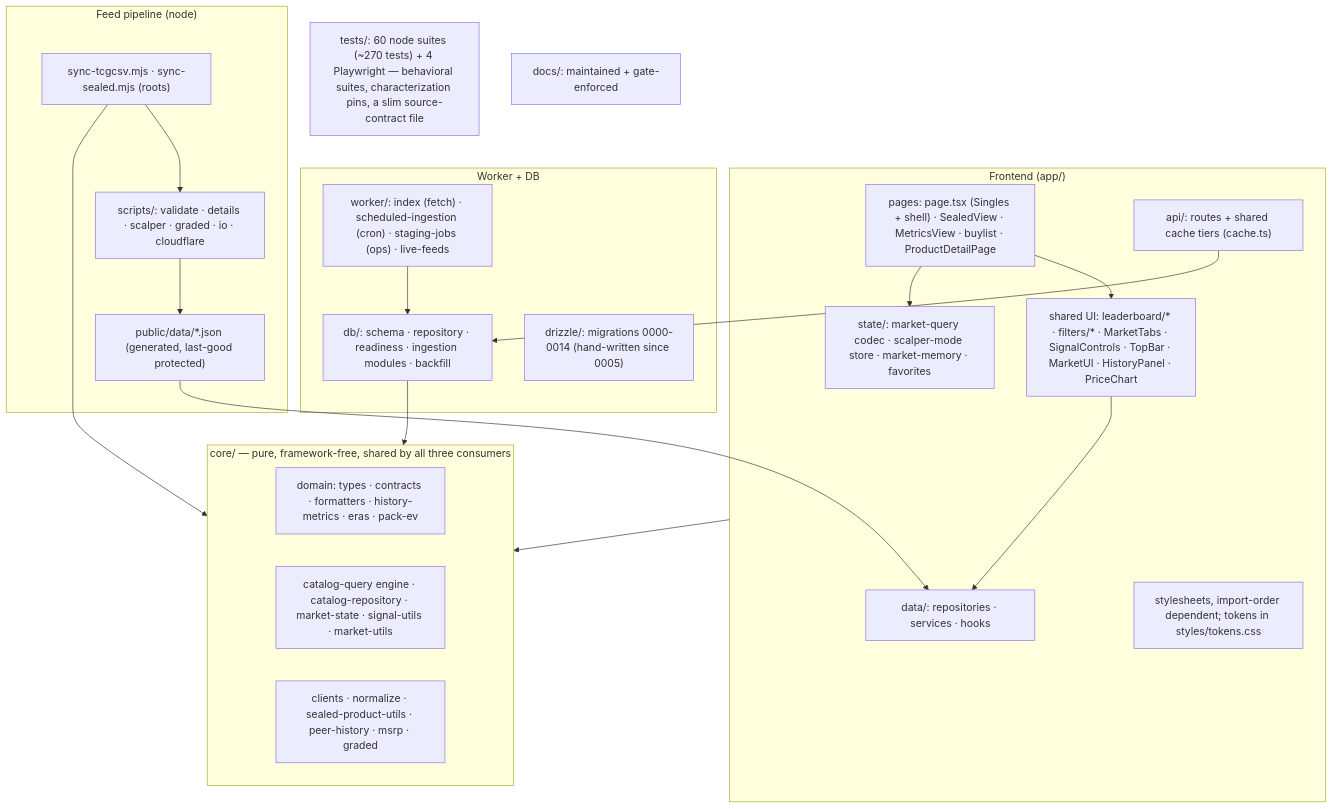
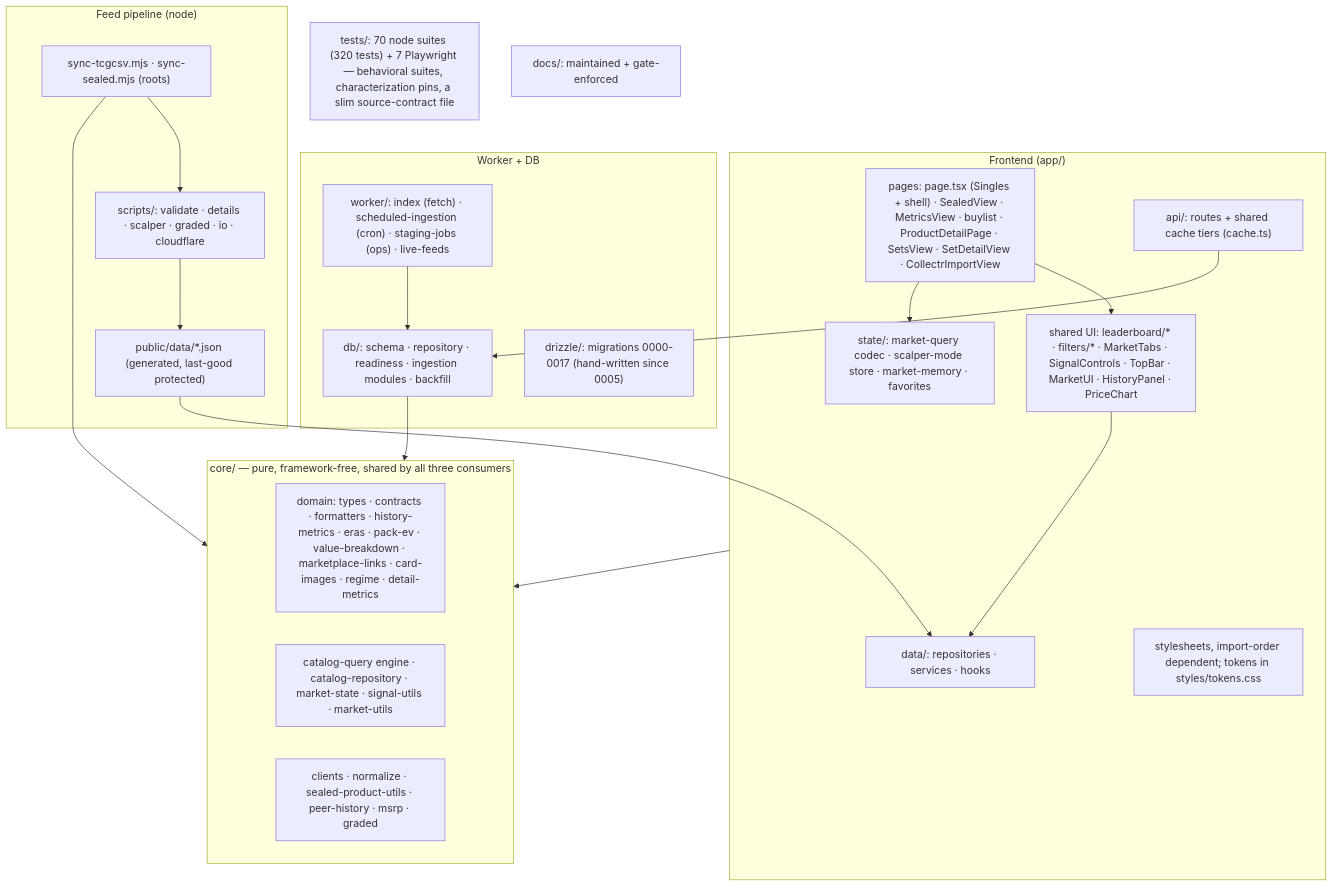
The first of 3 diagrams in docs/helicopter-view.md (cjord/rawsignal), drawn with Mermaid before and after one commit. The commit also changed other lines of this file and 25 other files, not shown here.

````diff
--- a/docs/helicopter-view.md
+++ b/docs/helicopter-view.md
@@ -19,38 +19,38 @@
 ```mermaid
 flowchart TB
   subgraph frontend["Frontend (app/)"]
-    pages["pages: page.tsx (Singles + shell) · SealedView · MetricsView · buylist · ProductDetailPage"]
+    pages["pages: page.tsx (Singles + shell) · SealedView · MetricsView · buylist · ProductDetailPage · SetsView · SetDetailView · CollectrImportView"]
     prims["shared UI: leaderboard/* · filters/* · MarketTabs · SignalControls · TopBar · MarketUI · HistoryPanel · PriceChart"]
     state["state/: market-query codec · scalper-mode store · market-memory · favorites"]
     dataL["data/: repositories · services · hooks"]
     api["api/: routes + shared cache tiers (cache.ts)"]
     css["stylesheets, import-order dependent; tokens in styles/tokens.css"]
   end
   subgraph core["core/ — pure, framework-free, shared by all three consumers"]
-    domain["domain: types · contracts · formatters · history-metrics · eras · pack-ev"]
+    domain["domain: types · contracts · formatters · history-metrics · eras · pack-ev · value-breakdown · marketplace-links · card-images · regime · detail-metrics"]
     engine["catalog-query engine · catalog-repository · market-state · signal-utils · market-utils"]
     pipe["clients · normalize · sealed-product-utils · peer-history · msrp · graded"]
   end
   subgraph backend["Worker + DB"]
     worker["worker/: index (fetch) · scheduled-ingestion (cron) · staging-jobs (ops) · live-feeds"]
     db["db/: schema · repository · readiness · ingestion modules · backfill"]
-    drizzle["drizzle/: migrations 0000-0014 (hand-written since 0005)"]
+    drizzle["drizzle/: migrations 0000-0017 (hand-written since 0005)"]
   end
   subgraph pipeline["Feed pipeline (node)"]
     sync["sync-tcgcsv.mjs · sync-sealed.mjs (roots)"]
     scripts["scripts/: validate · details · scalper · graded · io · cloudflare"]
     feeds["public/data/*.json (generated, last-good protected)"]
   end
-  tests["tests/: 60 node suites (~270 tests) + 4 Playwright — behavioral suites, characterization pins, a slim source-contract file"]
+  tests["tests/: 70 node suites (320 tests) + 7 Playwright — behavioral suites, characterization pins, a slim source-contract file"]
   docs["docs/: maintained + gate-enforced"]
 
   pages --> prims --> dataL
   pages --> state
   frontend --> core
   api --> db
   worker --> db
   db --> core
   sync --> scripts --> feeds
   sync --> core
   feeds --> dataL
 ```
````
